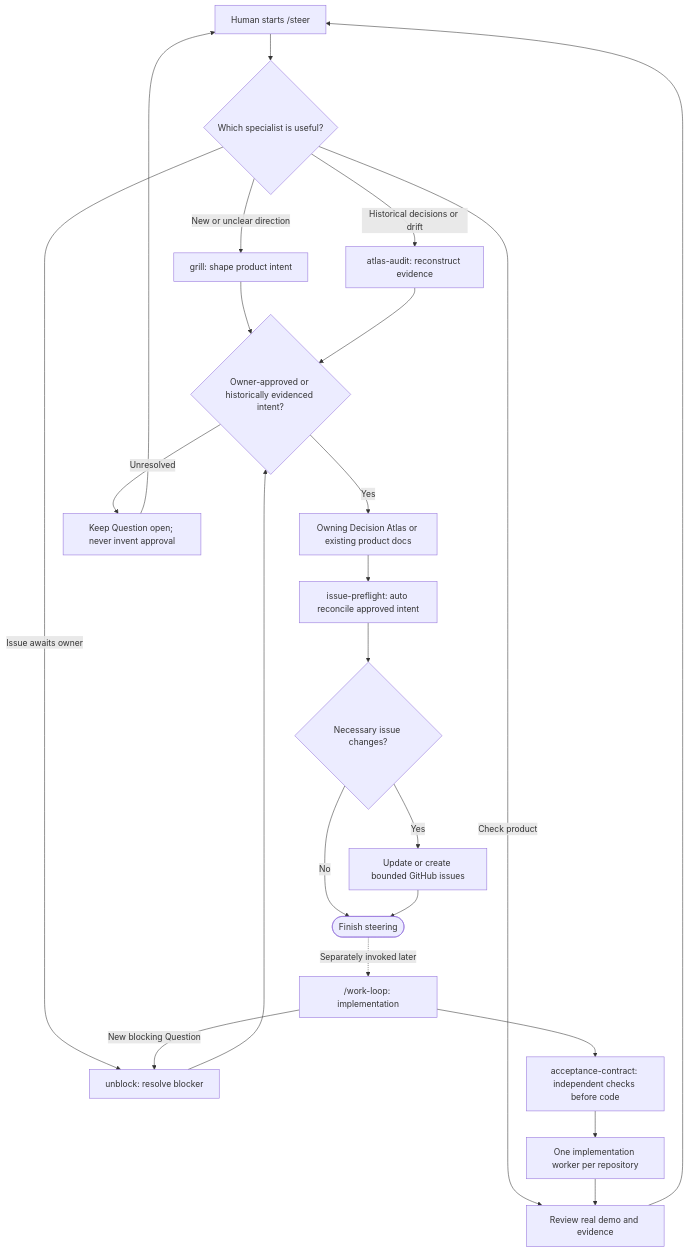
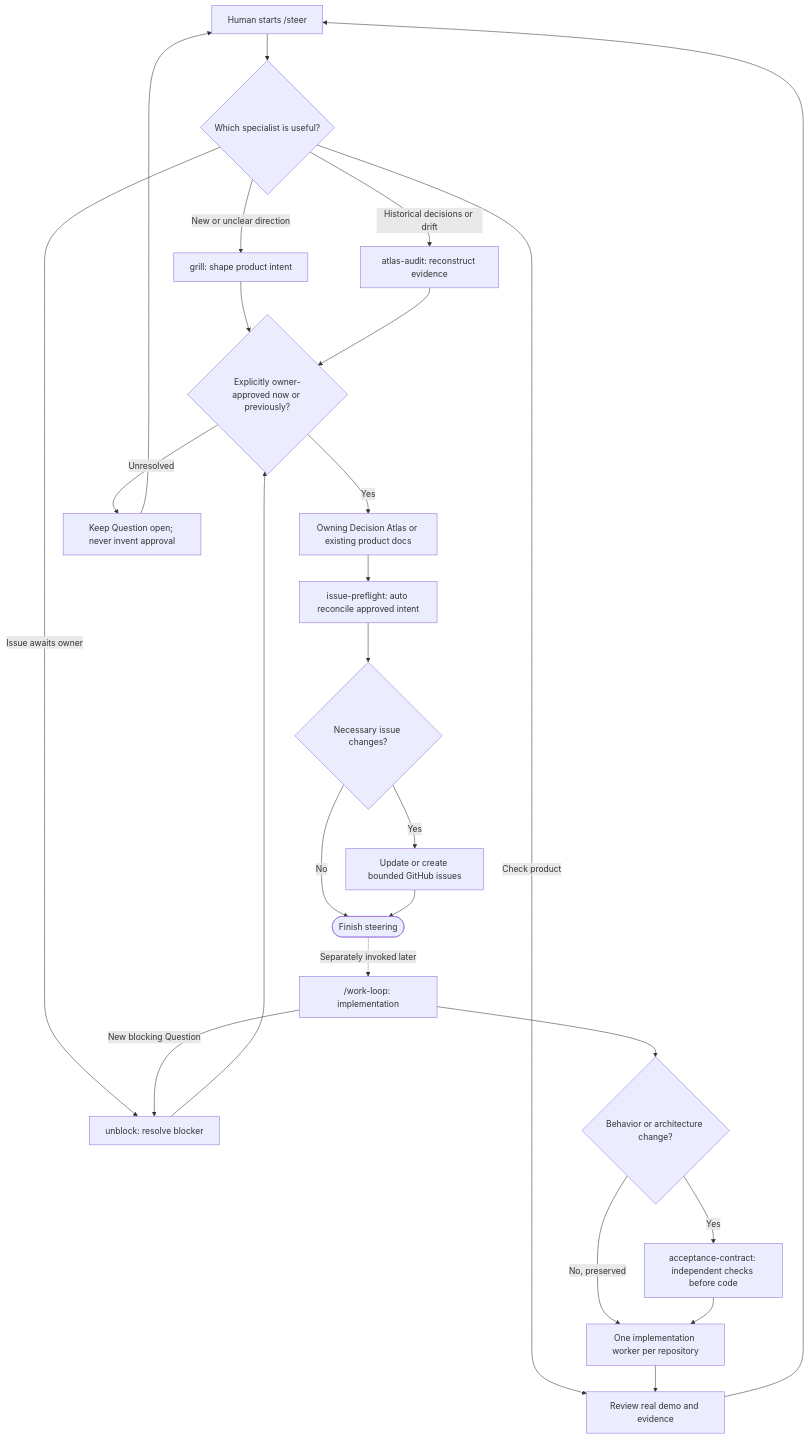
Before and after one commit to moritzbrantner/dotfiles: the second of 4 diagrams in docs/human-steering-flowcharts.md, drawn with Mermaid. The commit also changed other lines of this file, not shown here.

Commit message:
fix: distinguish owner approval and conditional acceptance in workflow diagrams

````diff
--- a/docs/human-steering-flowcharts.md
+++ b/docs/human-steering-flowcharts.md
@@ -56,25 +56,27 @@
 ```mermaid
 flowchart TD
     HUMAN["Human starts /steer"] --> ROUTE{"Which specialist is useful?"}
     ROUTE -->|New or unclear direction| GRILL["grill: shape product intent"]
     ROUTE -->|Historical decisions or drift| AUDIT["atlas-audit: reconstruct evidence"]
     ROUTE -->|Issue awaits owner| UNBLOCK["unblock: resolve blocker"]
     ROUTE -->|Check product| VERIFY["Review real demo and evidence"]
-    GRILL --> APPROVAL{"Owner-approved or historically evidenced intent?"}
+    GRILL --> APPROVAL{"Explicitly owner-approved now or previously?"}
     AUDIT --> APPROVAL
     UNBLOCK --> APPROVAL
     APPROVAL -->|Yes| ATLAS["Owning Decision Atlas or existing product docs"]
     APPROVAL -->|Unresolved| QUESTION["Keep Question open; never invent approval"]
     QUESTION --> HUMAN
     VERIFY --> HUMAN
     ATLAS --> PREF["issue-preflight: auto reconcile approved intent"]
     PREF --> NEED{"Necessary issue changes?"}
     NEED -->|No| END(["Finish steering"])
     NEED -->|Yes| ISSUES["Update or create bounded GitHub issues"]
     ISSUES --> END
     END -.->|Separately invoked later| LOOP["/work-loop: implementation"]
     LOOP -->|New blocking Question| UNBLOCK
-    LOOP --> CONTRACT["acceptance-contract: independent checks before code"]
-    CONTRACT --> BUILD["One implementation worker per repository"]
+    LOOP --> QUALIFY{"Behavior or architecture change?"}
+    QUALIFY -->|Yes| CONTRACT["acceptance-contract: independent checks before code"]
+    QUALIFY -->|No, preserved| BUILD["One implementation worker per repository"]
+    CONTRACT --> BUILD
     BUILD --> VERIFY
 ```
````
